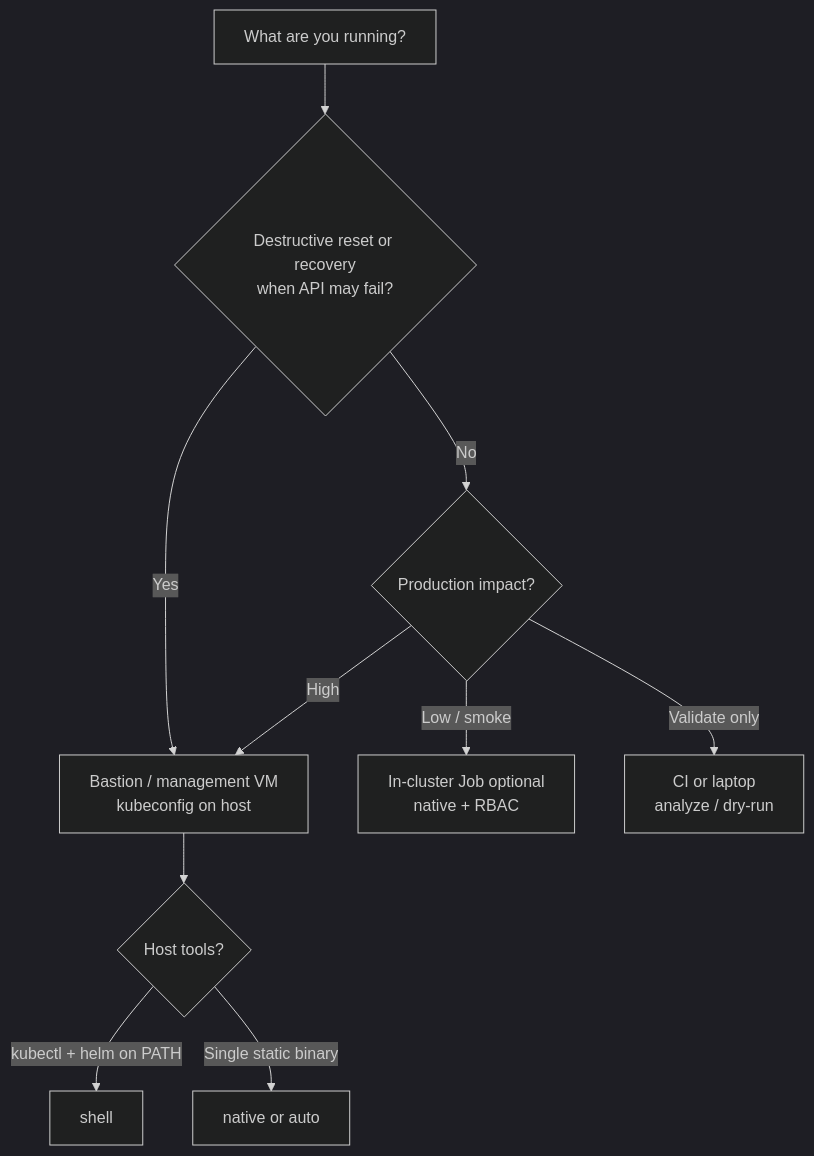
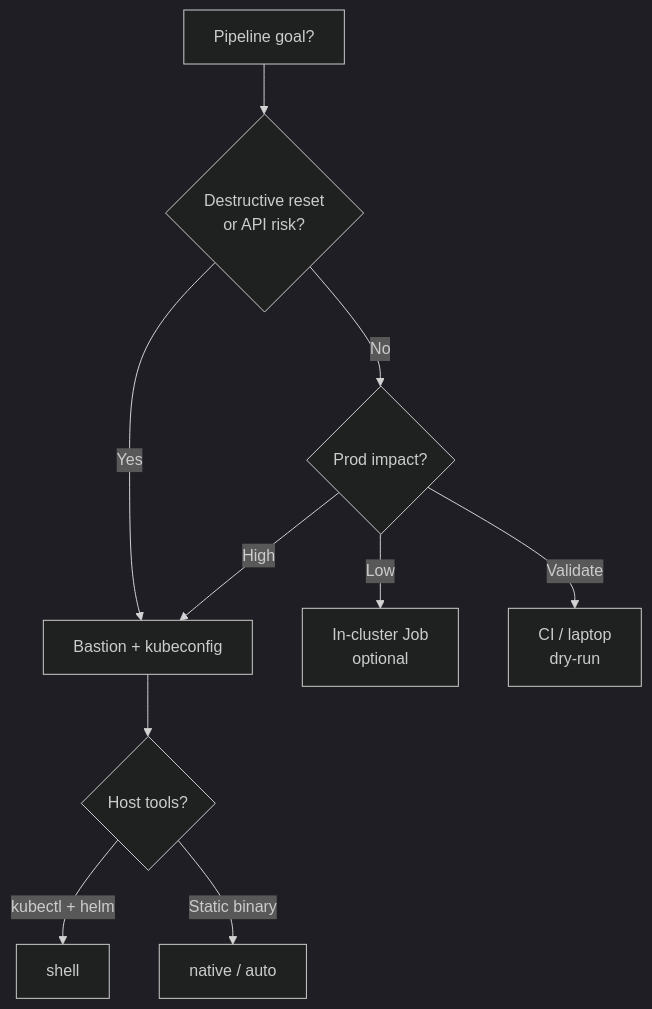
One commit to hrodrig/kzero changed the second of 2 diagrams in docs/deployment-models.md. Above: the diagram before and after it, drawn with Mermaid (dark theme). The commit also changed other lines of this file and 1 other file, not shown here.

Commit message:
docs: polish deployment-models and plan-0.9.x (Grok review)
- Refine quick decision matrix; shorter decision-flow Mermaid
- Docker bastion security note (:ro mounts, nonroot)
- Highlight PR2/#44 as top technical priority; expand non-goals

````diff
--- a/docs/deployment-models.md
+++ b/docs/deployment-models.md
@@ -133,13 +135,13 @@
 ```mermaid
 flowchart TD
-  Q[What are you running?]
-  Q --> R{Destructive reset or recovery<br/>when API may fail?}
-  R -->|Yes| B[Bastion / management VM<br/>kubeconfig on host]
-  R -->|No| N{Production impact?}
+  Q[Pipeline goal?]
+  Q --> R{Destructive reset<br/>or API risk?}
+  R -->|Yes| B[Bastion + kubeconfig]
+  R -->|No| N{Prod impact?}
   N -->|High| B
-  N -->|Low / smoke| J[In-cluster Job optional<br/>native + RBAC]
-  N -->|Validate only| C[CI or laptop<br/>analyze / dry-run]
+  N -->|Low| J[In-cluster Job<br/>optional]
+  N -->|Validate| C[CI / laptop<br/>dry-run]
   B --> E{Host tools?}
-  E -->|kubectl + helm on PATH| S[shell]
-  E -->|Single static binary| NV[native or auto]
+  E -->|kubectl + helm| S[shell]
+  E -->|Static binary| NV[native / auto]
 ```
````
